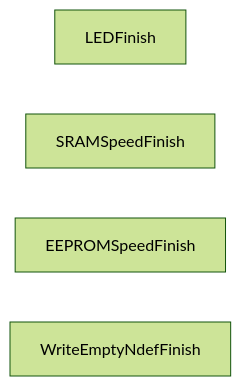
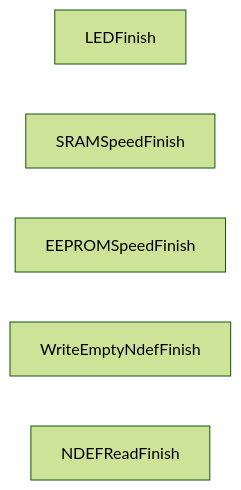
One commit to gordianknotC/nxp_note changed the sixth of 6 diagrams in nxp/Demo.md. Above: the diagram before and after it, drawn with Mermaid (forest theme). The commit also changed other lines of this file, not shown here.

Commit message:
nxp/Demo.md updated from https://stackedit.io/

````diff
--- a/nxp/Demo.md
+++ b/nxp/Demo.md
@@ -177,8 +177,8 @@
 ```mermaid
 graph LR
-LEDFinish
-SRAMSpeedFinish
-EEPROMSpeedFinish
-WriteEmptyNdefFinish
-
+	LEDFinish
+	SRAMSpeedFinish
+	EEPROMSpeedFinish
+	WriteEmptyNdefFinish
+	NDEFReadFinish
 ```
````
